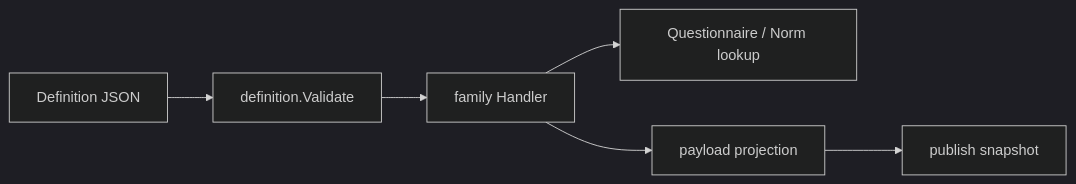
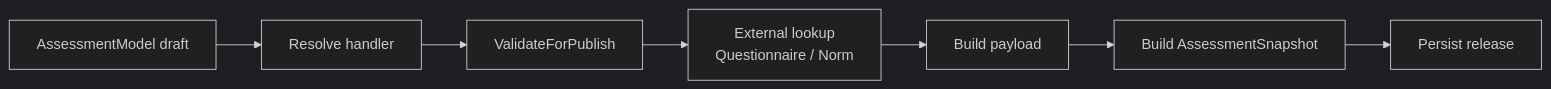
One commit to FangcunMount/qs-server changed the second of 3 diagrams in docs/02-业务模块/20-model-catalog/20-核心设计-DefinitionV2与模型扩展.md. Above: the diagram before and after it, drawn with Mermaid (dark theme). The commit also changed other lines of this file and 24 other files, not shown here.

````diff
--- a/docs/02-业务模块/20-model-catalog/20-核心设计-DefinitionV2与模型扩展.md
+++ b/docs/02-业务模块/20-model-catalog/20-核心设计-DefinitionV2与模型扩展.md
@@ -113,13 +421,14 @@
 ```mermaid
 flowchart LR
-    J["Definition JSON"]
-    V["definition.Validate"]
-    H["family Handler"]
-    X["Questionnaire / Norm lookup"]
-    P["payload projection"]
-    S["publish snapshot"]
+    D["AssessmentModel draft"]
+    R["Resolve handler"]
+    P["ValidateForPublish"]
+    X["External lookup<br/>Questionnaire / Norm"]
+    B["Build payload"]
+    S["Build AssessmentSnapshot"]
+    W["Persist release"]
 
-    J --> V --> H
-    H --> X
-    H --> P --> S
+    D --> R --> P
+    P --> X
+    X --> B --> S --> W
 ```
````
